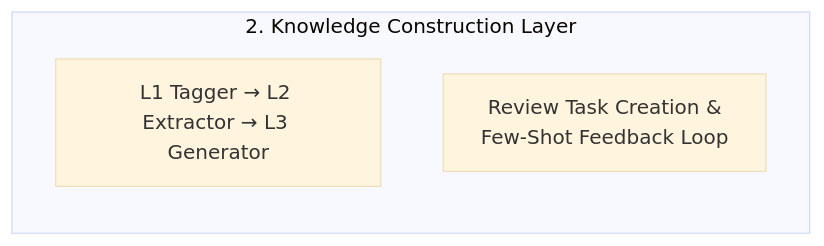
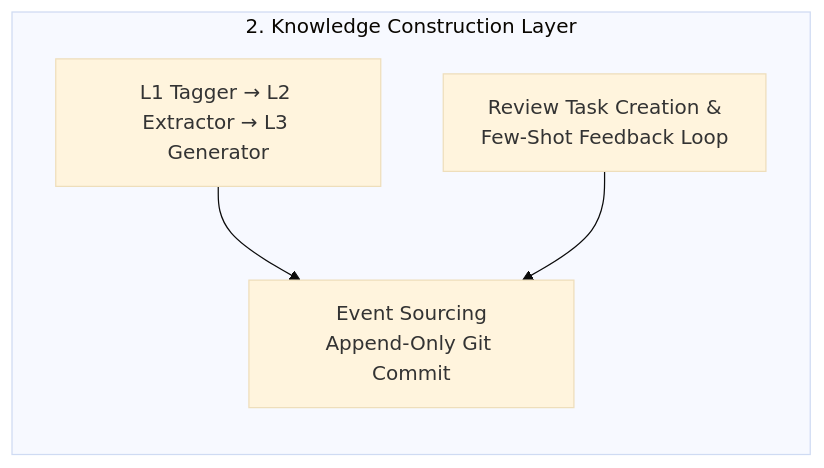
The third of 6 diagrams in docs/design/04-solution-strategy.md (dyphn1/Docuvia), drawn with Mermaid (base theme) before and after one commit. The commit also changed other lines of this file, not shown here.

Commit message:
docs(design): update solution strategy to reflect CQRS and Git event sourcing

````diff
--- a/docs/design/04-solution-strategy.md
+++ b/docs/design/04-solution-strategy.md
@@ -64,7 +66,10 @@
    ```mermaid
    flowchart LR
        subgraph 2. Knowledge Construction Layer
            LLM_PIPE[L1 Tagger &rarr; L2 Extractor &rarr; L3 Generator]
            REVIEW[Review Task Creation &<br/>Few-Shot Feedback Loop]
+           GIT_EVENT[Event Sourcing<br/>Append-Only Git Commit]
+           LLM_PIPE --> GIT_EVENT
+           REVIEW --> GIT_EVENT
        end
    ```
````
